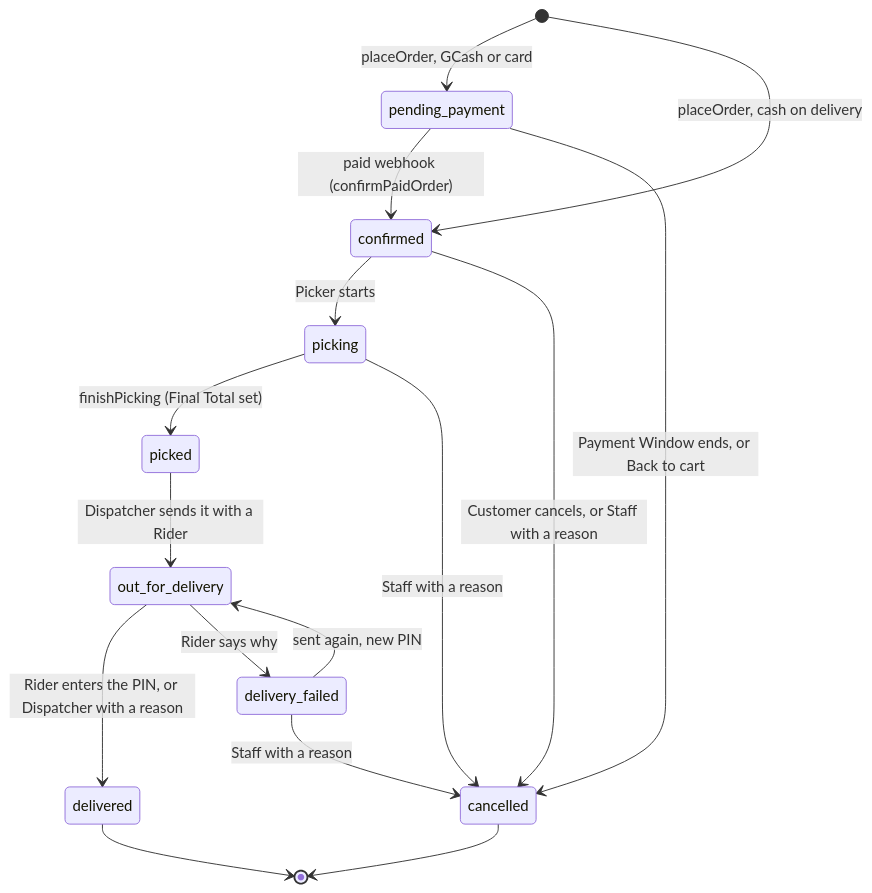
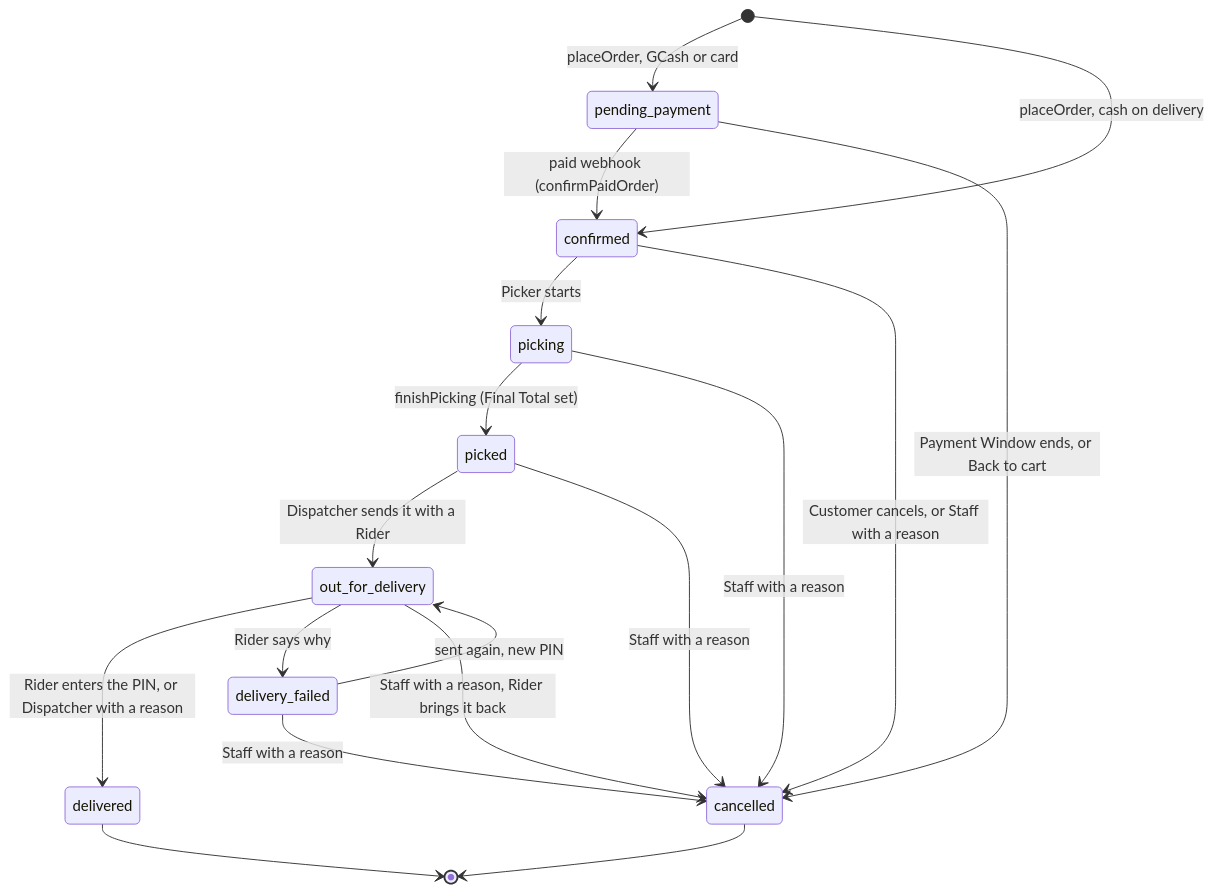
The first of 4 diagrams in docs/study-guide/08-hub-operations.md (xtiannjose/Hoshimono), drawn with Mermaid before and after one commit. The commit also changed other lines of this file and 38 other files, not shown here.

````diff
--- a/docs/study-guide/08-hub-operations.md
+++ b/docs/study-guide/08-hub-operations.md
@@ -11,18 +11,20 @@
 ```mermaid
 stateDiagram-v2
     [*] --> pending_payment: placeOrder, GCash or card
     [*] --> confirmed: placeOrder, cash on delivery
     pending_payment --> confirmed: paid webhook (confirmPaidOrder)
     pending_payment --> cancelled: Payment Window ends, or Back to cart
     confirmed --> picking: Picker starts
     confirmed --> cancelled: Customer cancels, or Staff with a reason
     picking --> picked: finishPicking (Final Total set)
     picking --> cancelled: Staff with a reason
     picked --> out_for_delivery: Dispatcher sends it with a Rider
+    picked --> cancelled: Staff with a reason
     out_for_delivery --> delivered: Rider enters the PIN, or Dispatcher with a reason
     out_for_delivery --> delivery_failed: Rider says why
+    out_for_delivery --> cancelled: Staff with a reason, Rider brings it back
     delivery_failed --> out_for_delivery: sent again, new PIN
     delivery_failed --> cancelled: Staff with a reason
     delivered --> [*]
     cancelled --> [*]
 ```
````
